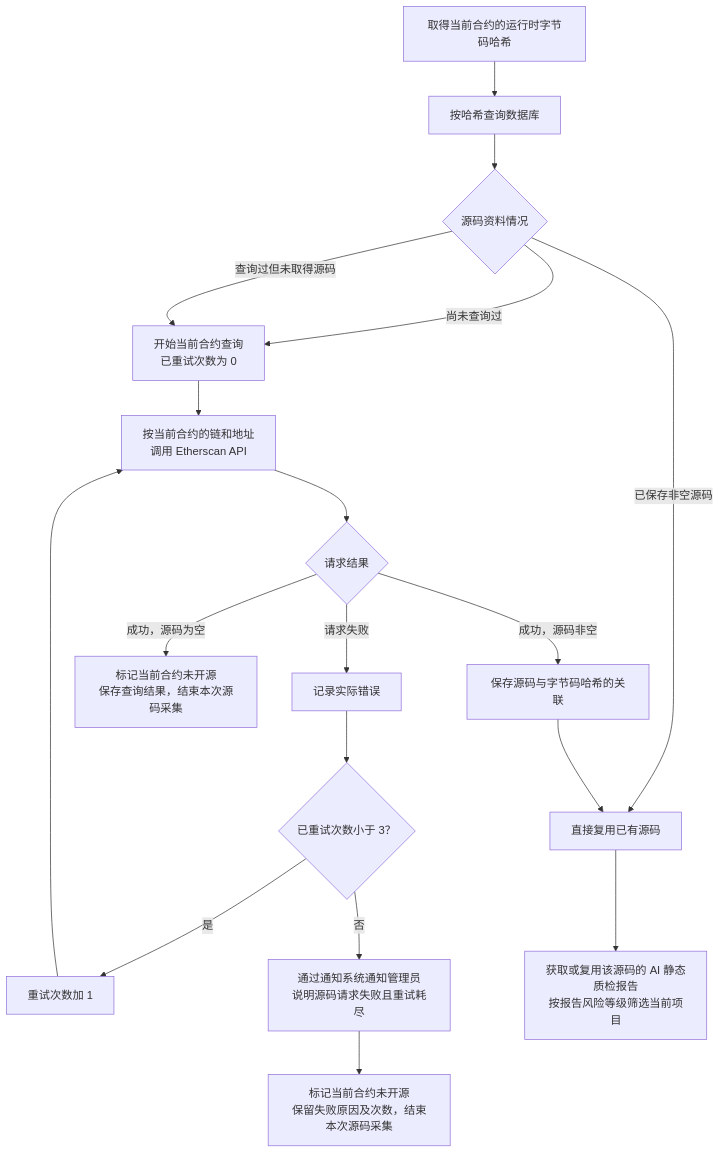
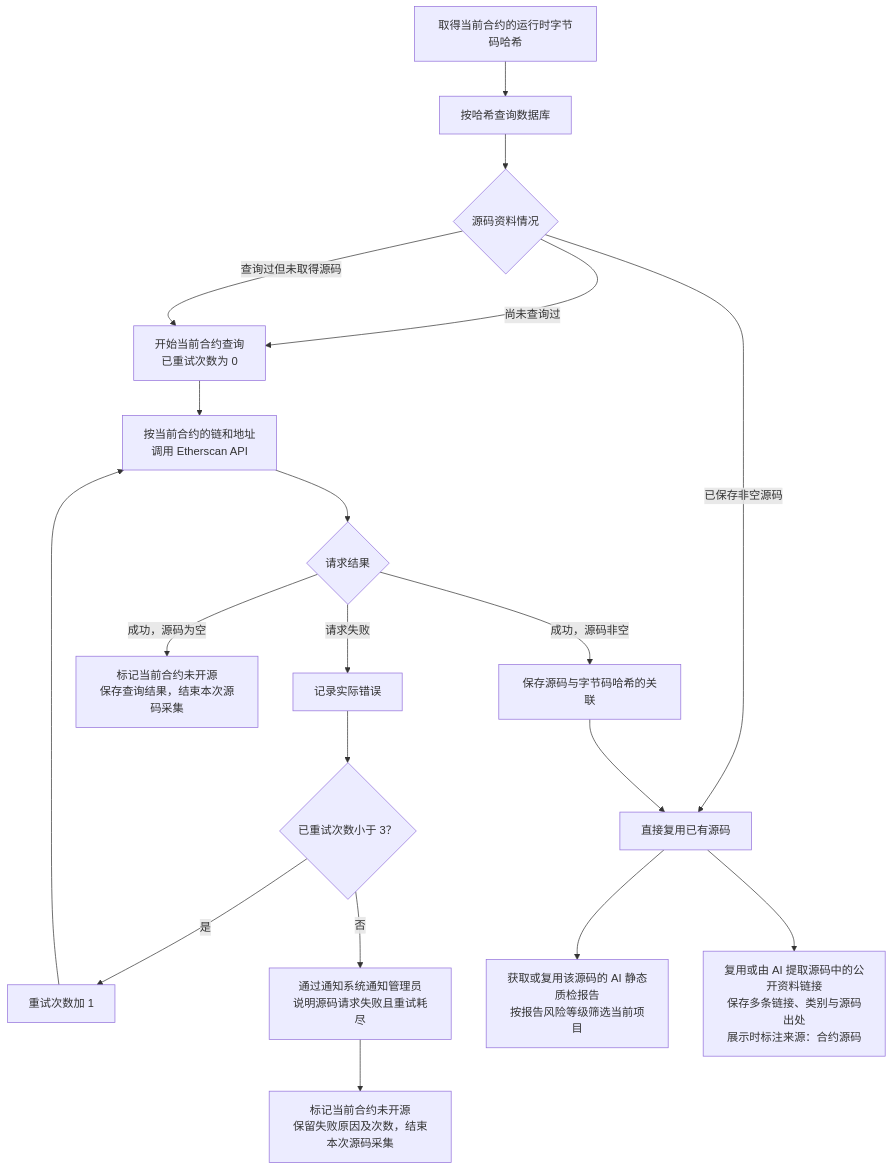
The diagram in docs/project/token-contract-source-flow.md (useryege/athena-o), drawn with Mermaid before and after one commit. The commit also changed other lines of this file and 8 other files, not shown here.

````diff
--- a/docs/project/token-contract-source-flow.md
+++ b/docs/project/token-contract-source-flow.md
@@ -11,20 +11,21 @@
 ```mermaid
 flowchart TD
     A["取得当前合约的运行时字节码哈希"] --> B["按哈希查询数据库"]
     B --> C{"源码资料情况"}
     C -->|已保存非空源码| D["直接复用已有源码"]
     C -->|尚未查询过| R["开始当前合约查询<br/>已重试次数为 0"]
     C -->|查询过但未取得源码| R
     R --> E["按当前合约的链和地址<br/>调用 Etherscan API"]
     E --> G{"请求结果"}
     G -->|成功，源码非空| H["保存源码与字节码哈希的关联"]
     H --> D
     G -->|成功，源码为空| U["标记当前合约未开源<br/>保存查询结果，结束本次源码采集"]
     G -->|请求失败| I["记录实际错误"]
     I --> K{"已重试次数小于 3？"}
     K -->|是| L["重试次数加 1"]
     L --> E
     K -->|否| M["通过通知系统通知管理员<br/>说明源码请求失败且重试耗尽"]
     M --> V["标记当前合约未开源<br/>保留失败原因及次数，结束本次源码采集"]
     D --> J["获取或复用该源码的 AI 静态质检报告<br/>按报告风险等级筛选当前项目"]
+    D --> P["复用或由 AI 提取源码中的公开资料链接<br/>保存多条链接、类别与源码出处<br/>展示时标注来源：合约源码"]
 ```
````
